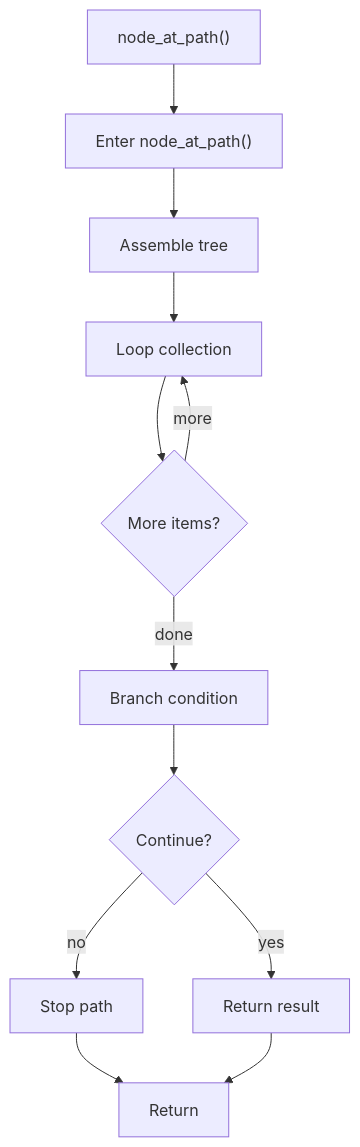
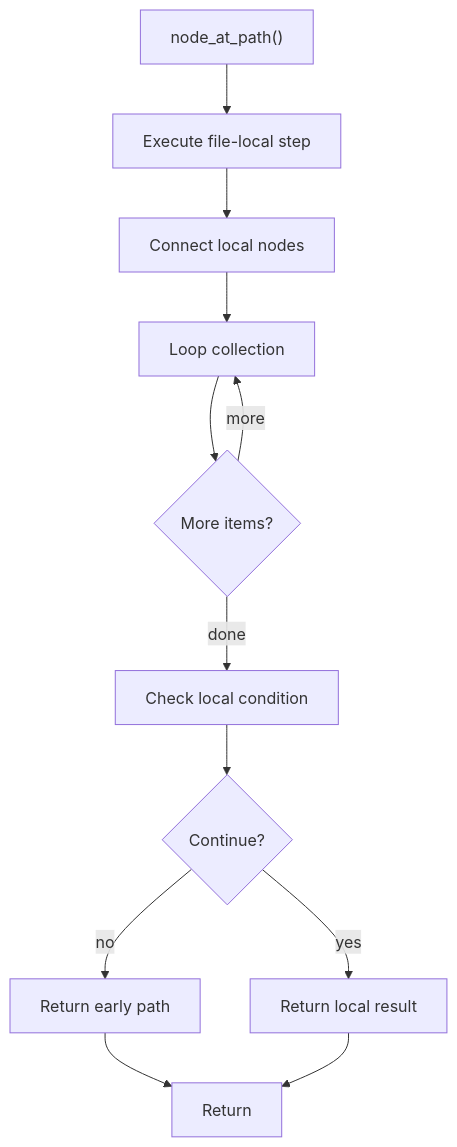
The third of 4 diagrams in docs/Codebase/Microservice/Modules/Source/Trees/ClassGeneration/Actual/Internal/node_path.cpp.md (JohnAndrewBalbarosa/NeoTerritory), drawn with Mermaid before and after one commit. The commit also changed other lines of this file and 925 other files, not shown here.

````diff
--- a/docs/Codebase/Microservice/Modules/Source/Trees/ClassGeneration/Actual/Internal/node_path.cpp.md
+++ b/docs/Codebase/Microservice/Modules/Source/Trees/ClassGeneration/Actual/Internal/node_path.cpp.md
@@ -108,24 +107,24 @@
 ```mermaid
 flowchart TD
     Start["node_at_path()"]
-    N0["Enter node_at_path()"]
-    N1["Assemble tree"]
+    N0["Execute file-local step"]
+    N1["Connect local nodes"]
     N2["Loop collection"]
     L2{"More items?"}
-    N3["Branch condition"]
+    N3["Check local condition"]
     D3{"Continue?"}
-    R3["Stop path"]
-    N4["Return result"]
+    R3["Return early path"]
+    N4["Return local result"]
     End["Return"]
     Start --> N0
     N0 --> N1
     N1 --> N2
     N2 --> L2
     L2 -->|more| N2
     L2 -->|done| N3
     N3 --> D3
     D3 -->|yes| N4
     D3 -->|no| R3
     R3 --> End
     N4 --> End
 ```
````
